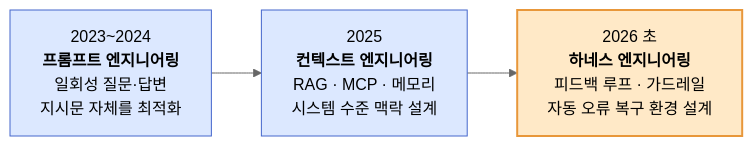
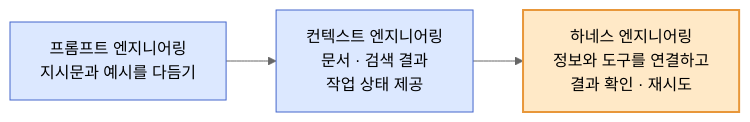
One commit to haandol/haandol.github.com changed the ninth of 9 diagrams in _posts/2026-03-15-harness-engineering-beyond-context-engineering.md. Above: the diagram before and after it, drawn with Mermaid (neutral theme). The commit also changed other lines of this file and 36 other files, not shown here.

````diff
--- a/_posts/2026-03-15-harness-engineering-beyond-context-engineering.md
+++ b/_posts/2026-03-15-harness-engineering-beyond-context-engineering.md
@@ -327,10 +321,10 @@
 ```mermaid
 flowchart LR
-    P["2023~2024<br/><b>프롬프트 엔지니어링</b><br/>일회성 질문·답변<br/>지시문 자체를 최적화"]
-    P --> C["2025<br/><b>컨텍스트 엔지니어링</b><br/>RAG · MCP · 메모리<br/>시스템 수준 맥락 설계"]
-    C --> H["2026 초<br/><b>하네스 엔지니어링</b><br/>피드백 루프 · 가드레일<br/>자동 오류 복구 환경 설계"]
+    P["프롬프트 엔지니어링<br/>지시문과 예시를 다듬기"]
+    P --> C["컨텍스트 엔지니어링<br/>문서 · 검색 결과<br/>작업 상태 제공"]
+    C --> H["하네스 엔지니어링<br/>정보와 도구를 연결하고<br/>결과 확인 · 재시도"]
     classDef era fill:#dce8ff,stroke:#46c;
     classDef latest fill:#ffe9c7,stroke:#e8973a,stroke-width:2px;
     class P,C era;
     class H latest;
 ```
````
